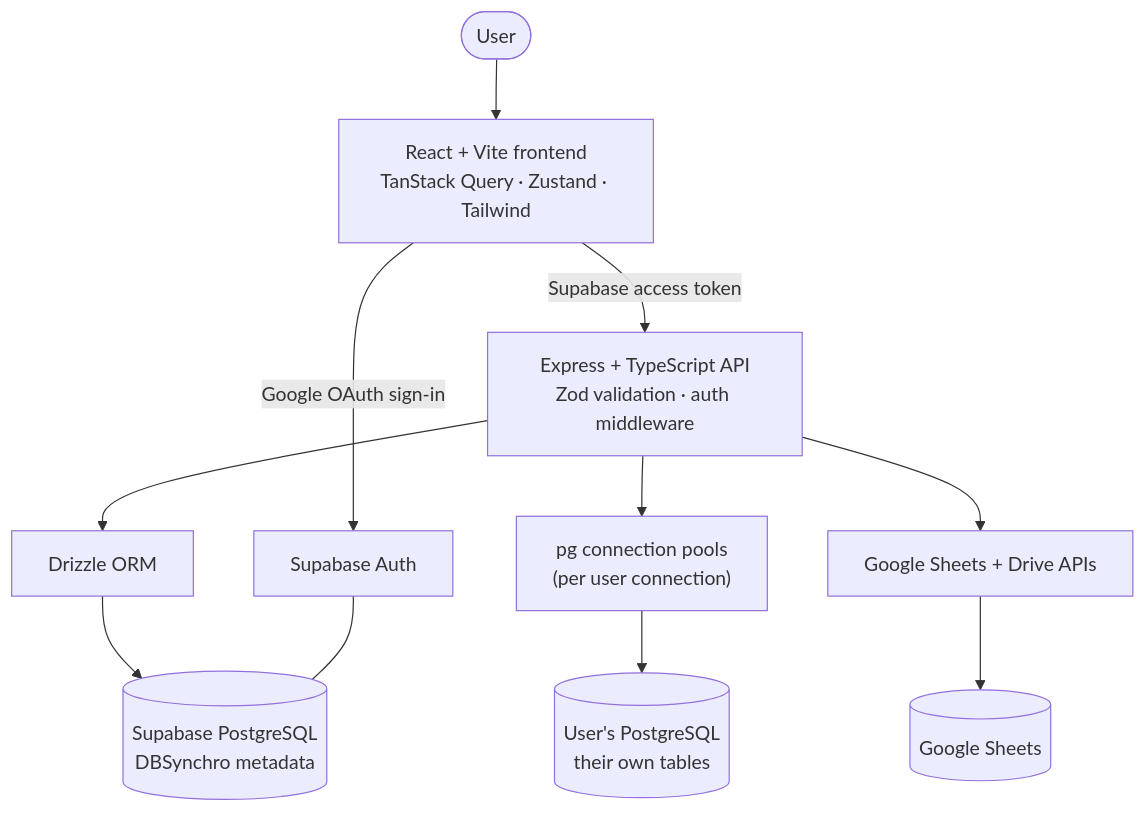
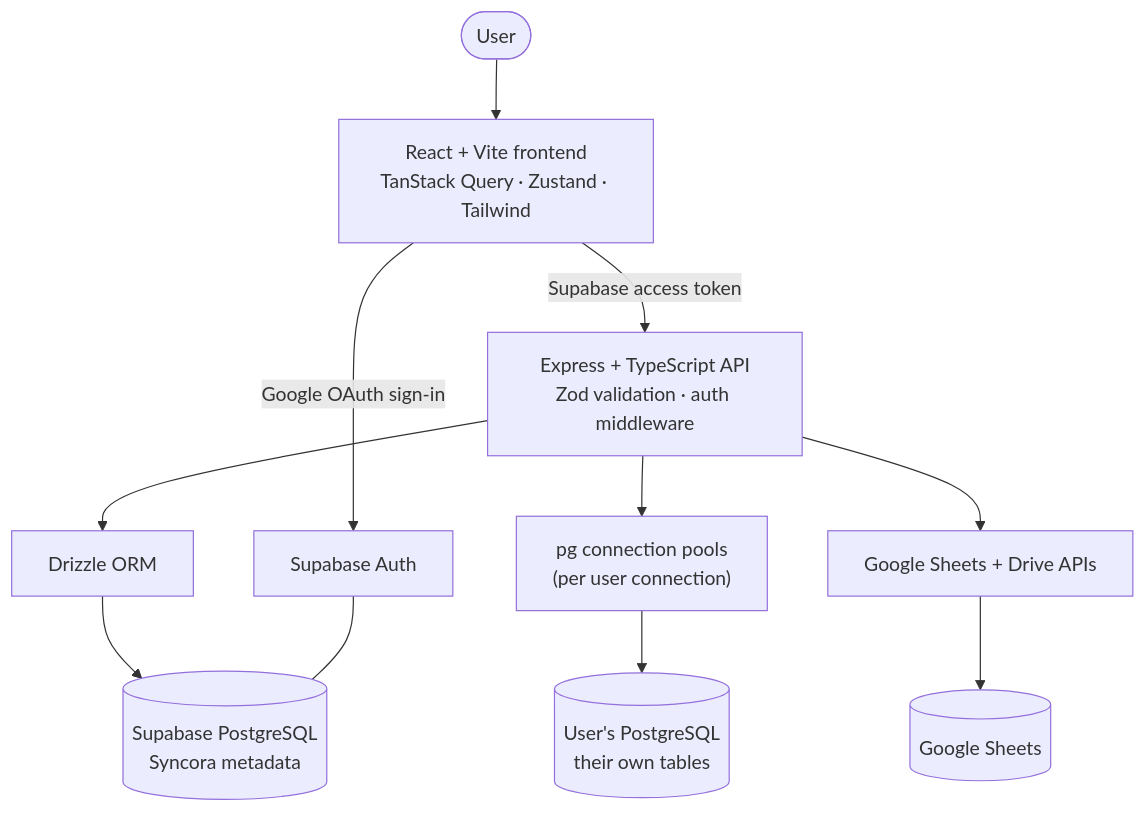
One commit to tapaswisharma/Syncora changed the first of 2 diagrams in README.md. Above: the diagram before and after it, drawn with Mermaid. The commit also changed other lines of this file, not shown here.

Commit message:
docs: polish Syncora README

````diff
--- a/README.md
+++ b/README.md
@@ -44,15 +38,15 @@
 ```mermaid
 flowchart TD
     User([User]) --> FE["React + Vite frontend<br/>TanStack Query · Zustand · Tailwind"]
     FE -->|Supabase access token| API["Express + TypeScript API<br/>Zod validation · auth middleware"]
     FE -->|Google OAuth sign-in| SBA["Supabase Auth"]
 
     API --> DRZ["Drizzle ORM"]
     API --> PGS["pg connection pools<br/>(per user connection)"]
     API --> GAPI["Google Sheets + Drive APIs"]
 
-    DRZ --> META[("Supabase PostgreSQL<br/>DBSynchro metadata")]
+    DRZ --> META[("Supabase PostgreSQL<br/>Syncora metadata")]
     PGS --> USERDB[("User's PostgreSQL<br/>their own tables")]
     GAPI --> SHEETS[("Google Sheets")]
     SBA --- META
 ```
````
